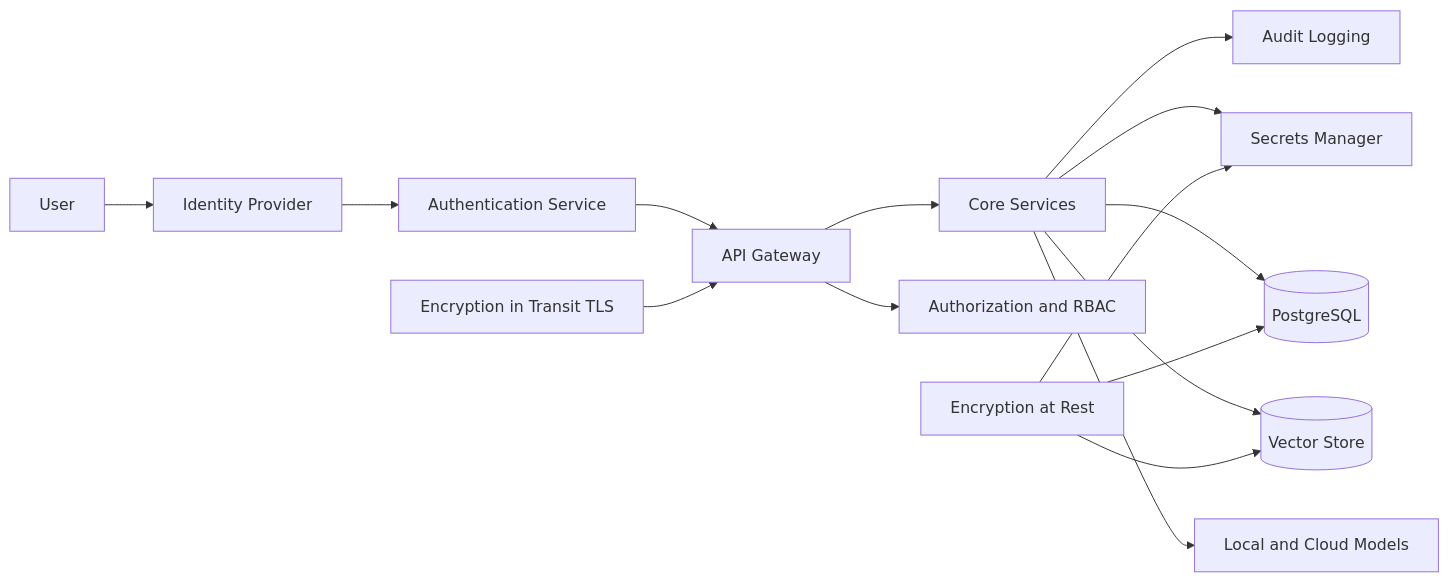
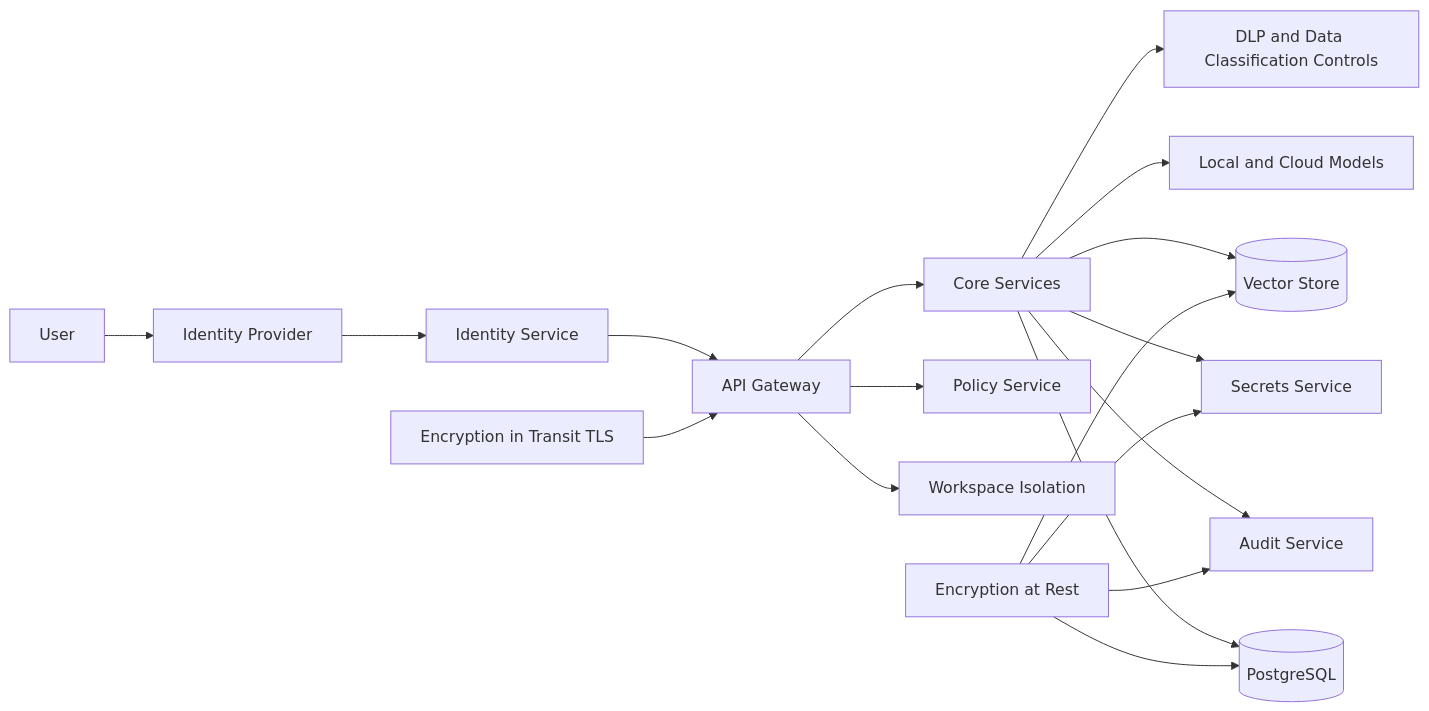
Before and after one commit to dcfrancisco/open-intelligence-platform: the diagram in docs/security.md, drawn with Mermaid. The commit also changed other lines of this file and 24 other files, not shown here.

````diff
--- a/docs/security.md
+++ b/docs/security.md
@@ -9,19 +17,22 @@
 ```mermaid
 flowchart LR
     User[User] --> IdP[Identity Provider]
-    IdP --> Auth[Authentication Service]
+    IdP --> Auth[Identity Service]
     Auth --> Gateway[API Gateway]
     Gateway --> Services[Core Services]
 
-    Gateway --> RBAC[Authorization and RBAC]
-    Services --> Audit[Audit Logging]
-    Services --> Secrets[Secrets Manager]
+    Gateway --> Policy[Policy Service]
+    Gateway --> Workspace[Workspace Isolation]
+    Services --> Audit[Audit Service]
+    Services --> Secrets[Secrets Service]
     Services --> DB[(PostgreSQL)]
     Services --> Vector[(Vector Store)]
     Services --> Models[Local and Cloud Models]
+    Services --> DLP[DLP and Data Classification Controls]
 
     EncryptTransit[Encryption in Transit TLS] --> Gateway
     EncryptRest[Encryption at Rest] --> DB
     EncryptRest --> Vector
     EncryptRest --> Secrets
+    EncryptRest --> Audit
 ```
````
